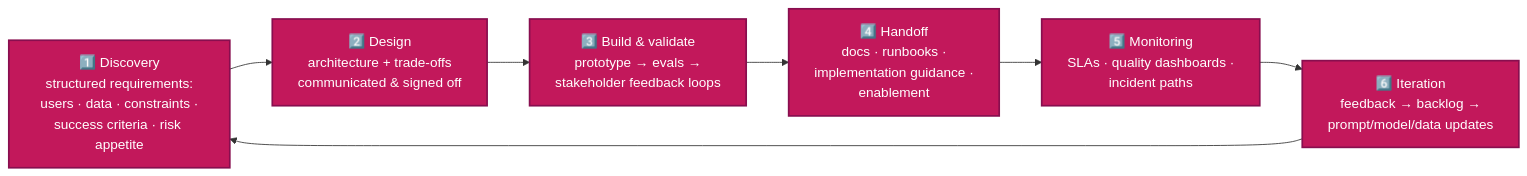
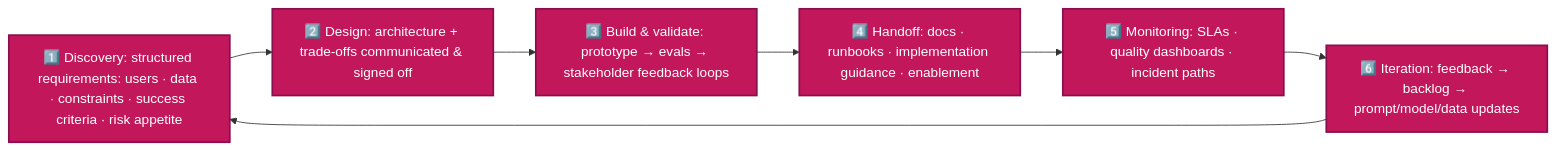
Before and after one commit to parmar-m/claude-architect-certification-prep: the first of 2 diagrams in CCA-P/domains/d6-stakeholder-lifecycle.md, drawn with Mermaid. The commit also changed other lines of this file and 24 other files, not shown here.

Commit message:
fix html tags in mmd diagrams

````diff
--- a/CCA-P/domains/d6-stakeholder-lifecycle.md
+++ b/CCA-P/domains/d6-stakeholder-lifecycle.md
@@ -11,11 +11,11 @@
 ```mermaid
 flowchart LR
-    DISC["1️⃣ Discovery<br/>structured requirements:<br/>users · data · constraints ·<br/>success criteria · risk appetite"] --> DES["2️⃣ Design<br/>architecture + trade-offs<br/>communicated & signed off"]
-    DES --> BUILD["3️⃣ Build & validate<br/>prototype → evals →<br/>stakeholder feedback loops"]
-    BUILD --> HAND["4️⃣ Handoff<br/>docs · runbooks ·<br/>implementation guidance ·<br/>enablement"]
-    HAND --> MON["5️⃣ Monitoring<br/>SLAs · quality dashboards ·<br/>incident paths"]
-    MON --> IT["6️⃣ Iteration<br/>feedback → backlog →<br/>prompt/model/data updates"]
+    DISC["1️⃣ Discovery: structured requirements: users · data · constraints · success criteria · risk appetite"] --> DES["2️⃣ Design: architecture + trade-offs communicated & signed off"]
+    DES --> BUILD["3️⃣ Build & validate: prototype → evals → stakeholder feedback loops"]
+    BUILD --> HAND["4️⃣ Handoff: docs · runbooks · implementation guidance · enablement"]
+    HAND --> MON["5️⃣ Monitoring: SLAs · quality dashboards · incident paths"]
+    MON --> IT["6️⃣ Iteration: feedback → backlog → prompt/model/data updates"]
     IT --> DISC
     classDef ph fill:#C2185B,color:#fff,stroke:#880E4F,stroke-width:2px
     class DISC,DES,BUILD,HAND,MON,IT ph
 ```
````
